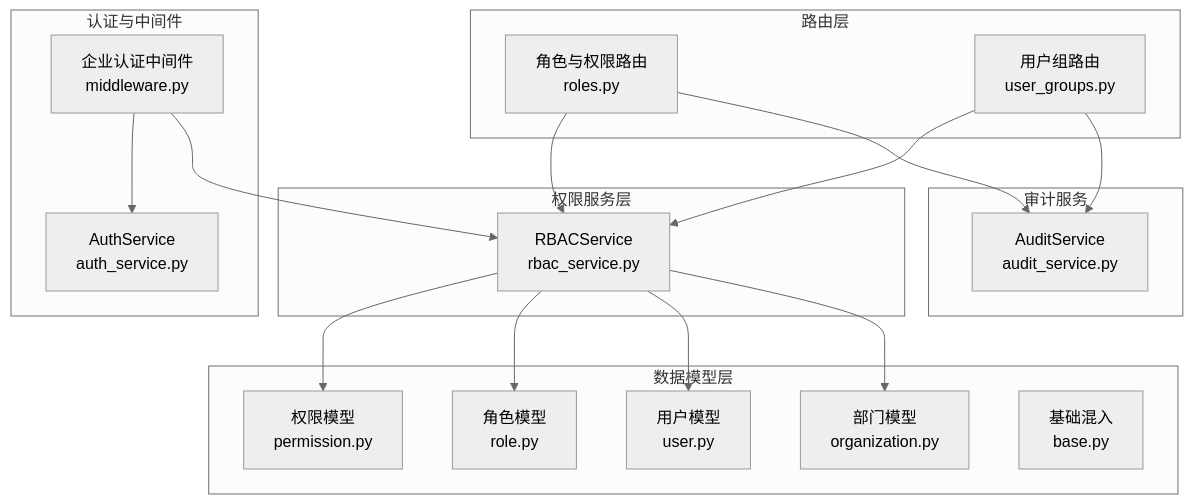
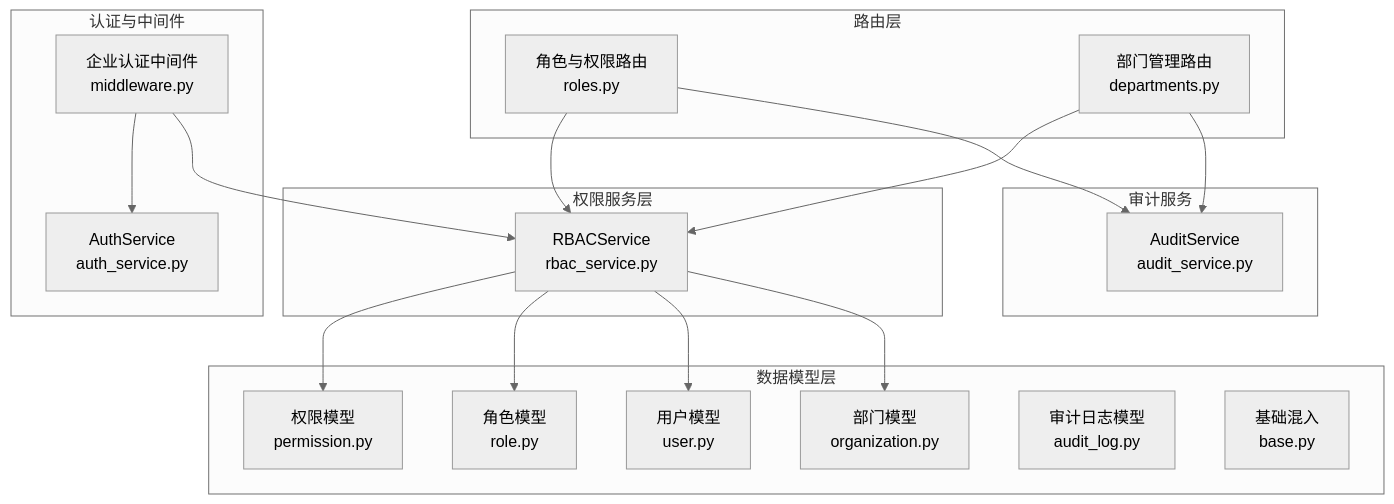
The first of 11 diagrams in .qoder/repowiki/zh/content/企业功能/RBAC 权限系统.md (joezxh/CoPaw), drawn with Mermaid (neutral theme) before and after one commit. The commit also changed other lines of this file and 20 other files, not shown here.

````diff
--- a/.qoder/repowiki/zh/content/企业功能/RBAC 权限系统.md
+++ b/.qoder/repowiki/zh/content/企业功能/RBAC 权限系统.md
@@ -42,34 +56,35 @@
 ```mermaid
 graph TB
 subgraph "路由层"
 R1["角色与权限路由<br/>roles.py"]
-R2["用户组路由<br/>user_groups.py"]
+R3["部门管理路由<br/>departments.py"]
 end
 subgraph "权限服务层"
 S1["RBACService<br/>rbac_service.py"]
 end
 subgraph "认证与中间件"
 M1["企业认证中间件<br/>middleware.py"]
 A1["AuthService<br/>auth_service.py"]
 end
 subgraph "数据模型层"
 D1["权限模型<br/>permission.py"]
 D2["角色模型<br/>role.py"]
 D3["用户模型<br/>user.py"]
 D4["部门模型<br/>organization.py"]
+D5["审计日志模型<br/>audit_log.py"]
 B1["基础混入<br/>base.py"]
 end
 subgraph "审计服务"
 AU["AuditService<br/>audit_service.py"]
 end
 R1 --> S1
-R2 --> S1
+R3 --> S1
 R1 --> AU
-R2 --> AU
+R3 --> AU
 S1 --> D1
 S1 --> D2
 S1 --> D3
 S1 --> D4
 M1 --> A1
 M1 --> S1
 ```
````
